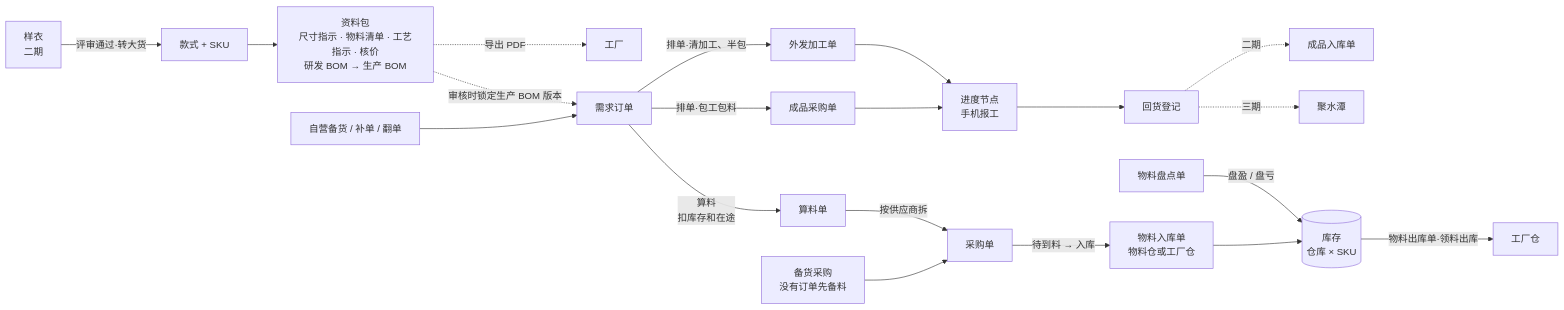
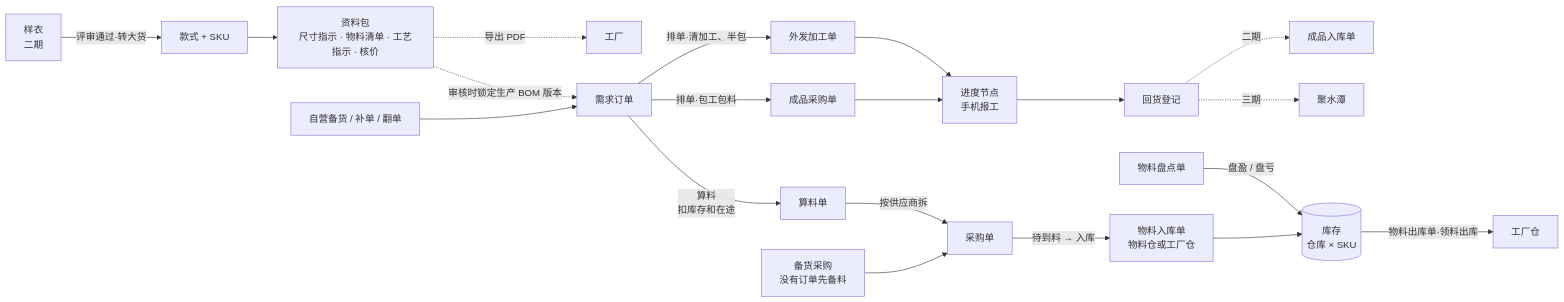
One commit to xiaoliangao/lingmao changed the first of 3 diagrams in docs/PRD.md. Above: the diagram before and after it, drawn with Mermaid. The commit also changed other lines of this file, not shown here.

````diff
--- a/docs/PRD.md
+++ b/docs/PRD.md
@@ -378,22 +379,22 @@
 ```mermaid
 flowchart LR
   S[样衣<br/>二期] -->|评审通过·转大货| ST[款式 + SKU]
-  ST --> TP[资料包<br/>尺寸指示 · 物料清单 · 工艺指示 · 核价<br/>研发 BOM → 生产 BOM]
+  ST --> TP[资料包<br/>尺寸指示 · 物料清单 · 工艺指示 · 核价]
   TP -.导出 PDF.-> FAC[工厂]
   C[自营备货 / 补单 / 翻单] --> O[需求订单]
   TP -.审核时锁定生产 BOM 版本.-> O
   O -->|排单·清加工、半包| P[外发加工单]
   O -->|排单·包工包料| CP[成品采购单]
   O -->|算料<br/>扣库存和在途| M[算料单]
   M -->|按供应商拆| PO[采购单]
   BH[备货采购<br/>没有订单先备料] --> PO
   PO -->|待到料 → 入库| IN[物料入库单<br/>物料仓或工厂仓]
   IN --> INV[(库存<br/>仓库 × SKU)]
   PD[物料盘点单] -->|盘盈 / 盘亏| INV
   INV -->|物料出库单·领料出库| FW[工厂仓]
   P --> N[进度节点<br/>手机报工]
   CP --> N
   N --> R[回货登记]
   R -.二期.-> FG[成品入库单]
   R -.三期.-> JST[聚水潭]
 ```
````
